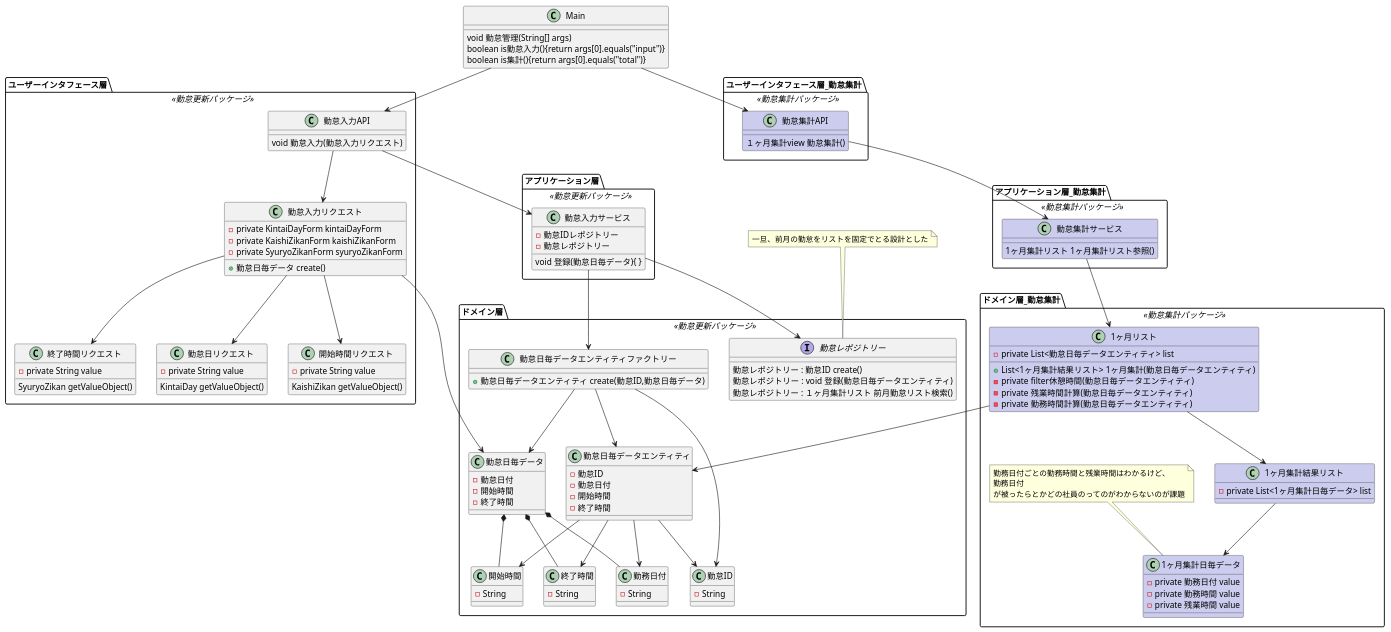
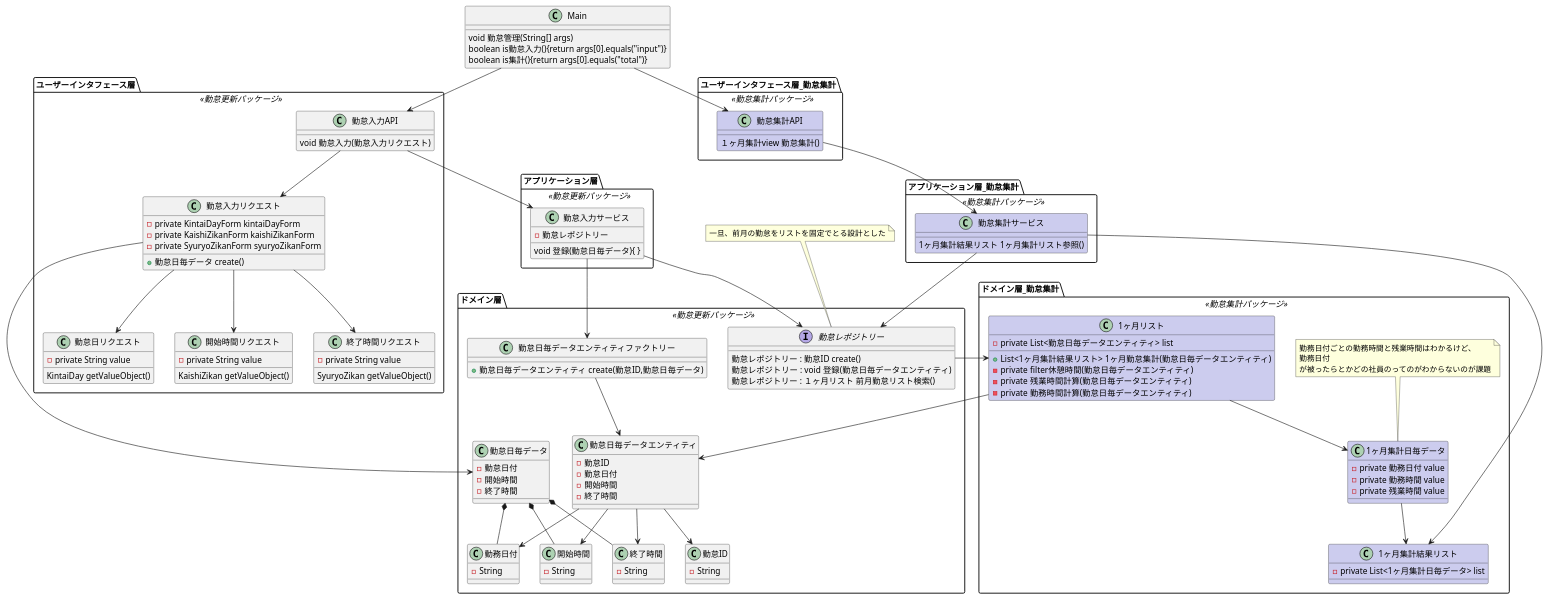
The diagram in doc/勤怠.puml (sekiguchihiroki/mendydydy), drawn with PlantUML before and after one commit. The commit also changed 14 other files, not shown here.

```diff
--- a/doc/勤怠.puml
+++ b/doc/勤怠.puml
@@ -1,165 +1,164 @@
 @startuml
 
 
 class Main {
   void 勤怠管理(String[] args)
   boolean is勤怠入力(){return args[0].equals("input")}
   boolean is集計(){return args[0].equals("total")}
 }
 
 package ユーザーインタフェース層 <<勤怠更新パッケージ>> {
  Main --> 勤怠入力API
  勤怠入力API -->  勤怠入力リクエスト
  勤怠入力リクエスト -->  勤怠日リクエスト
  勤怠入力リクエスト -->  開始時間リクエスト
  勤怠入力リクエスト -->  終了時間リクエスト
 
 class 勤怠入力API {
   void 勤怠入力(勤怠入力リクエスト)
  }
 
 class 勤怠入力リクエスト {
   -private KintaiDayForm kintaiDayForm
   -private KaishiZikanForm kaishiZikanForm
   -private SyuryoZikanForm syuryoZikanForm
   +勤怠日毎データ create()
  }
 
 class 勤怠日リクエスト {
   -private String value
   KintaiDay getValueObject()
  }
 
 class 開始時間リクエスト{
   -private String value
   KaishiZikan getValueObject()
  }
 
 class 終了時間リクエスト {
   -private String value
   SyuryoZikan getValueObject()
  }
 
 }
 
 
 package アプリケーション層 <<勤怠更新パッケージ>> {
 勤怠入力API --> 勤怠入力サービス
 class 勤怠入力サービス {
-  -勤怠IDレポジトリー
   -勤怠レポジトリー
   void 登録(勤怠日毎データ){ }
 
  }
 
 }
 
 package ドメイン層 <<勤怠更新パッケージ>> {
   勤怠日毎データ *-- 勤務日付
   勤怠日毎データ *-- 開始時間
   勤怠日毎データ *-- 終了時間
   勤怠入力リクエスト -->  勤怠日毎データ
   勤怠入力サービス --> 勤怠日毎データエンティティファクトリー
-  勤怠日毎データエンティティファクトリー --> 勤怠ID
-  勤怠日毎データエンティティファクトリー --> 勤怠日毎データ
   勤怠日毎データエンティティファクトリー --> 勤怠日毎データエンティティ
   勤怠入力サービス --> 勤怠レポジトリー
   勤怠日毎データエンティティ --> 勤怠ID
   勤怠日毎データエンティティ --> 勤務日付
   勤怠日毎データエンティティ --> 開始時間
   勤怠日毎データエンティティ --> 終了時間
 
 
 class 勤怠日毎データエンティティファクトリー {
   +勤怠日毎データエンティティ create(勤怠ID,勤怠日毎データ)
 
 }
 
 class 勤怠日毎データ {
   -勤怠日付
   -開始時間
   -終了時間
 }
 
 class 勤怠日毎データエンティティ {
   -勤怠ID
   -勤怠日付
   -開始時間
   -終了時間
 }
 
 class 勤怠ID {
   -String
  }
 
 class 勤務日付 {
   -String
  }
 
 class 開始時間 {
   -String
  }
 
 class 終了時間 {
   -String
  }
 
 interface 勤怠レポジトリー{
 勤怠レポジトリー : 勤怠ID create()
 勤怠レポジトリー : void 登録(勤怠日毎データエンティティ)
-勤怠レポジトリー : １ヶ月集計リスト 前月勤怠リスト検索()
+勤怠レポジトリー : １ヶ月リスト 前月勤怠リスト検索()
 }
 
 }
 note top
   一旦、前月の勤怠をリストを固定でとる設計とした
 end note
 
 package ユーザーインタフェース層_勤怠集計 <<勤怠集計パッケージ>> {
  Main --> 勤怠集計API
 
 class 勤怠集計API #CCCCEE {
   １ヶ月集計view 勤怠集計()
  }
 }
 
 package アプリケーション層_勤怠集計 <<勤怠集計パッケージ>> {
 勤怠集計API --> 勤怠集計サービス
 
 class 勤怠集計サービス #CCCCEE {
-  1ヶ月集計リスト 1ヶ月集計リスト参照()
+  1ヶ月集計結果リスト 1ヶ月集計リスト参照()
 
  }
 }
 package ドメイン層_勤怠集計 <<勤怠集計パッケージ>> {
-勤怠集計サービス -->  1ヶ月リスト
+勤怠集計サービス -->  1ヶ月集計結果リスト
+勤怠集計サービス -->  勤怠レポジトリー
+勤怠レポジトリー -->  1ヶ月リスト
 1ヶ月リスト -->  勤怠日毎データエンティティ
-1ヶ月リスト -->  1ヶ月集計結果リスト
-1ヶ月集計結果リスト -->  1ヶ月集計日毎データ
+1ヶ月リスト -->  1ヶ月集計日毎データ
+1ヶ月集計日毎データ -->  1ヶ月集計結果リスト
 
 class 1ヶ月リスト #CCCCEE {
   -private List<勤怠日毎データエンティティ> list
-  + List<1ヶ月集計結果リスト> 1ヶ月集計(勤怠日毎データエンティティ)
+  + List<1ヶ月集計結果リスト> 1ヶ月勤怠集計(勤怠日毎データエンティティ)
   - private filter休憩時間(勤怠日毎データエンティティ)
   - private 残業時間計算(勤怠日毎データエンティティ)
   - private 勤務時間計算(勤怠日毎データエンティティ)
  }
 
  class 1ヶ月集計結果リスト #CCCCEE {
    -private List<1ヶ月集計日毎データ> list
   }
  class 1ヶ月集計日毎データ #CCCCEE {
    -private 勤務日付 value
    -private 勤務時間 value
    -private 残業時間 value
 
   }
   note top
     勤務日付ごとの勤務時間と残業時間はわかるけど、
     勤務日付
     が被ったらとかどの社員のってのがわからないのが課題
   end note
 
 }
 
 @enduml
```
